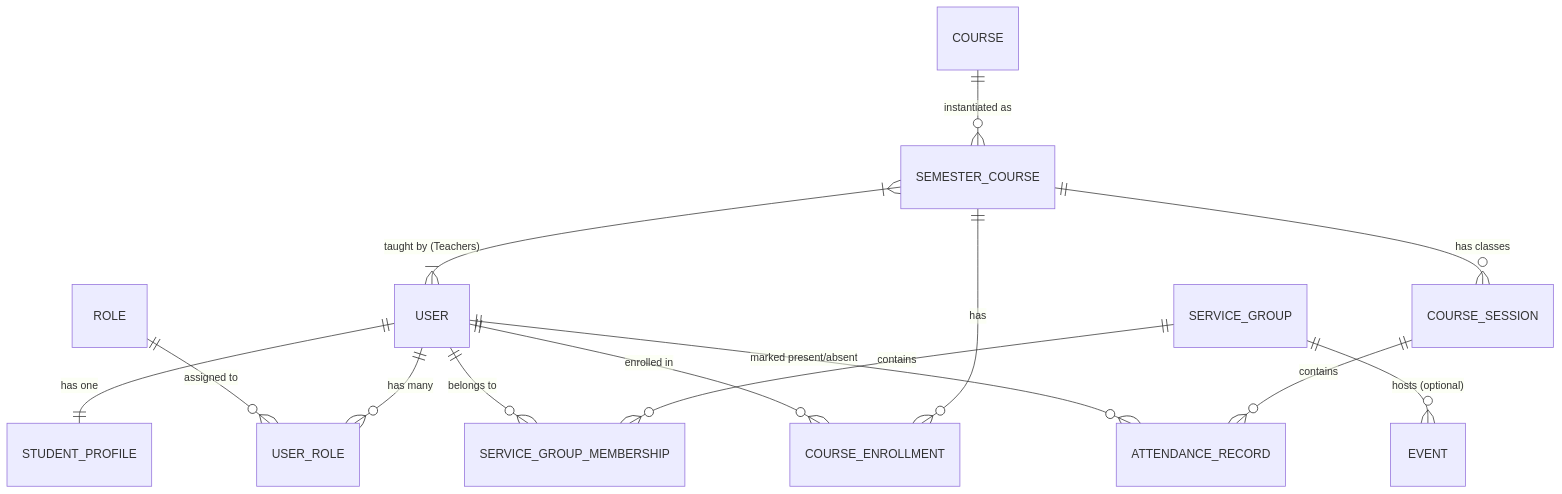
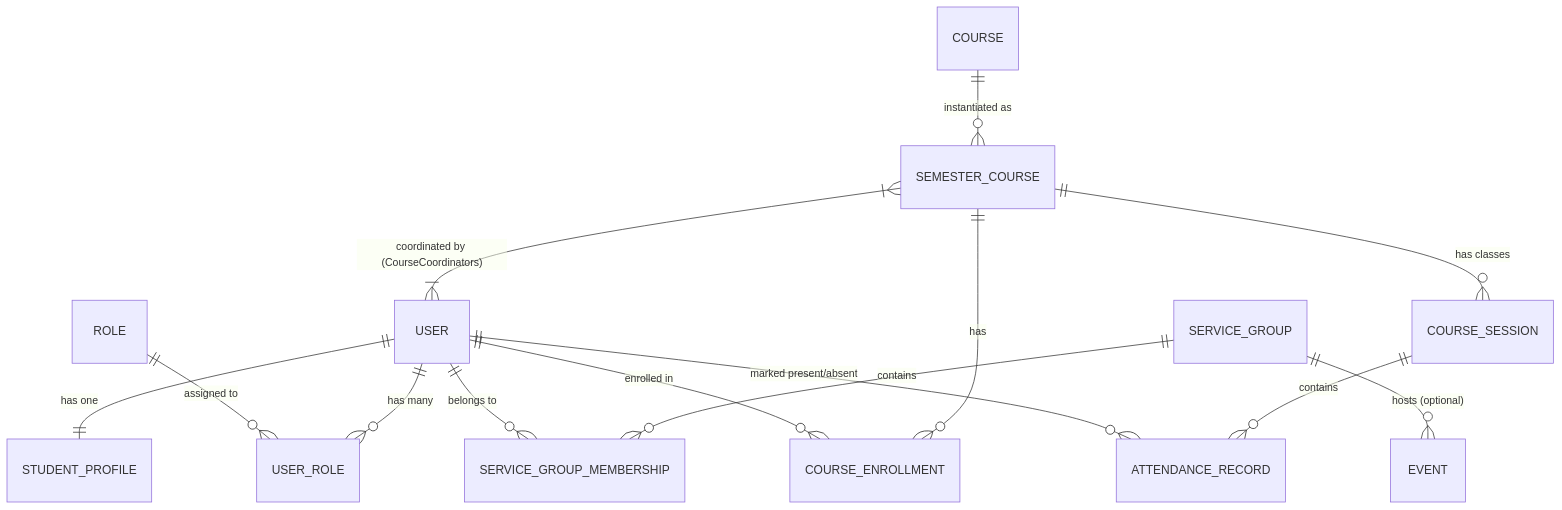
The third of 3 diagrams in backend/system_documentation.md (mogesTesema/finot-fullstack-system), drawn with Mermaid before and after one commit. The commit also changed other lines of this file and 11 other files, not shown here.

````diff
--- a/backend/system_documentation.md
+++ b/backend/system_documentation.md
@@ -108,21 +108,21 @@
 ```mermaid
 erDiagram
     USER ||--o{ USER_ROLE : "has many"
     ROLE ||--o{ USER_ROLE : "assigned to"
     USER ||--|| STUDENT_PROFILE : "has one"
     
     SERVICE_GROUP ||--o{ SERVICE_GROUP_MEMBERSHIP : "contains"
     USER ||--o{ SERVICE_GROUP_MEMBERSHIP : "belongs to"
     
     SERVICE_GROUP ||--o{ EVENT : "hosts (optional)"
     
     COURSE ||--o{ SEMESTER_COURSE : "instantiated as"
-    SEMESTER_COURSE }|--|{ USER : "taught by (Teachers)"
+    SEMESTER_COURSE }|--|{ USER : "coordinated by (CourseCoordinators)"
     
     SEMESTER_COURSE ||--o{ COURSE_ENROLLMENT : "has"
     USER ||--o{ COURSE_ENROLLMENT : "enrolled in"
     
     SEMESTER_COURSE ||--o{ COURSE_SESSION : "has classes"
     COURSE_SESSION ||--o{ ATTENDANCE_RECORD : "contains"
     USER ||--o{ ATTENDANCE_RECORD : "marked present/absent"
 ```
````
